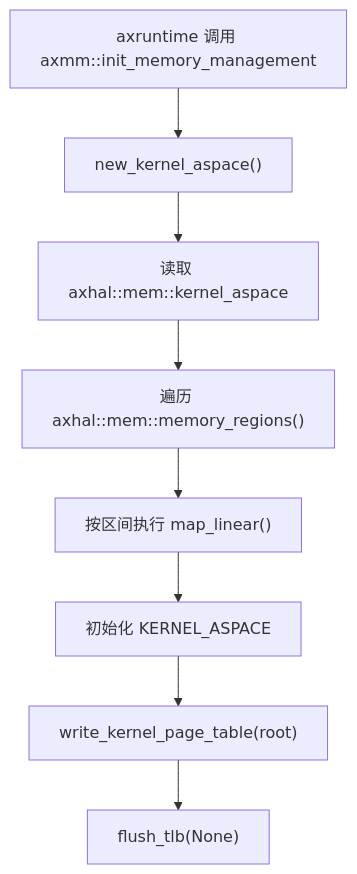
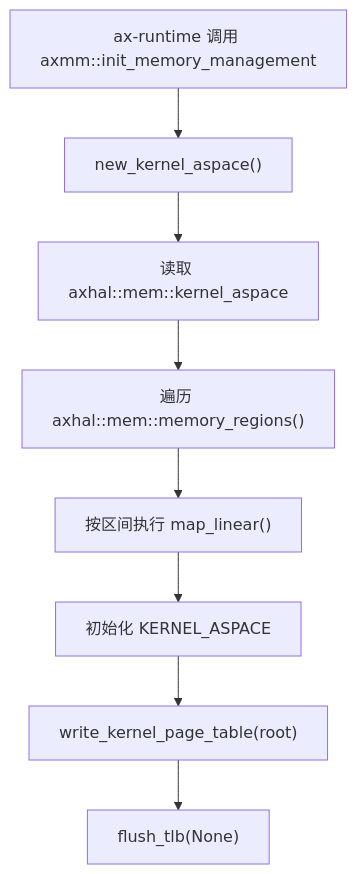
Before and after one commit to XTH852456/tgoskits: the first of 2 diagrams in docs/crates/axmm.md, drawn with Mermaid. The commit also changed other lines of this file and 69 other files, not shown here.

Commit message:
rename axruntime to ax-runtime

````diff
--- a/docs/crates/axmm.md
+++ b/docs/crates/axmm.md
@@ -39,10 +39,10 @@
 ```mermaid
 flowchart TD
-    A["axruntime 调用 axmm::init_memory_management"] --> B["new_kernel_aspace()"]
+    A["ax-runtime 调用 axmm::init_memory_management"] --> B["new_kernel_aspace()"]
     B --> C["读取 axhal::mem::kernel_aspace"]
     C --> D["遍历 axhal::mem::memory_regions()"]
     D --> E["按区间执行 map_linear()"]
     E --> F["初始化 KERNEL_ASPACE"]
     F --> G["write_kernel_page_table(root)"]
     G --> H["flush_tlb(None)"]
 ```
````
